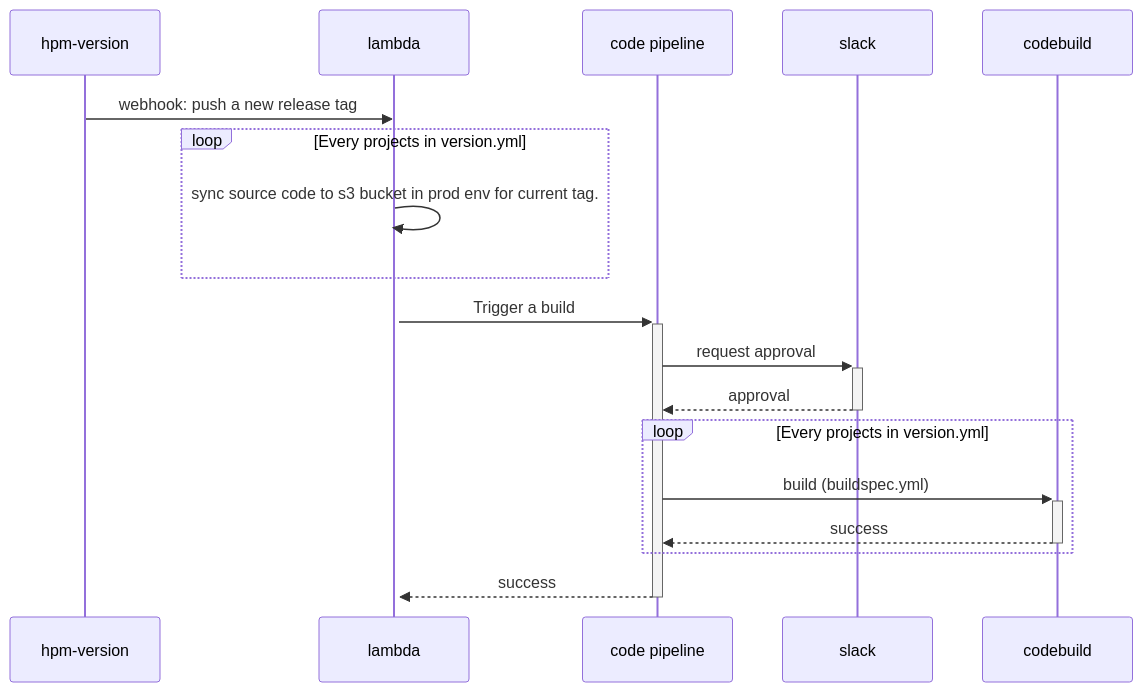
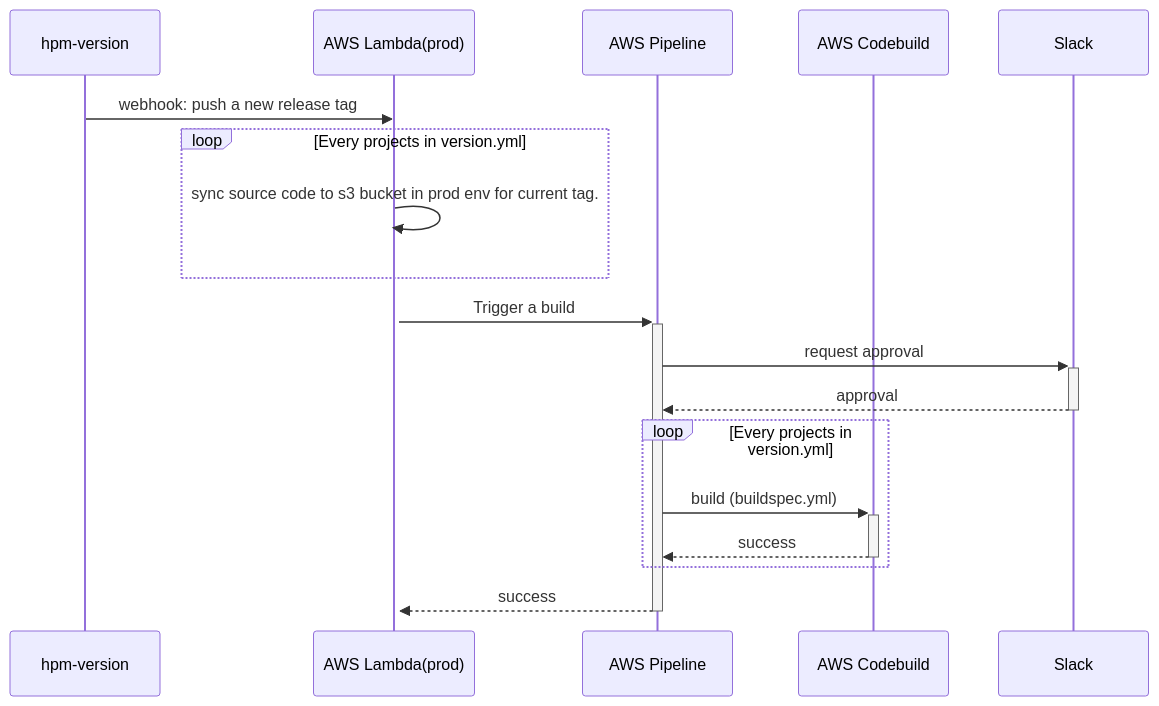
Before and after one commit to jinfang134/jinfang134.github.io: the fourth of 6 diagrams in source/_posts/mermaid图表.md, drawn with Mermaid. The commit also changed other lines of this file, not shown here.

````diff
--- a/source/_posts/mermaid图表.md
+++ b/source/_posts/mermaid图表.md
@@ -76,15 +79,21 @@
 ```mermaid
 sequenceDiagram
-    hpm-version ->>lambda: webhook: push a new release tag
+    participant A as hpm-version
+    participant B as AWS Lambda(prod)
+    participant C as AWS Pipeline
+    participant D as AWS Codebuild
+    participant E as Slack
+
+    A->>B: webhook: push a new release tag
     loop Every projects in version.yml
-        lambda->>+lambda: sync source code to s3 bucket in prod env for current tag.
+        B->>+B: sync source code to s3 bucket in prod env for current tag.
     end   
-    lambda ->> +code pipeline: Trigger a build
-    code pipeline ->> +slack: request approval
-    slack -->> -code pipeline: approval
+    B->>+C: Trigger a build
+    C->>+E: request approval
+    E-->>-C: approval
     loop Every projects in version.yml
-        code pipeline ->> +codebuild: build (buildspec.yml)
-        codebuild -->> -code pipeline: success
+        C->>+D: build (buildspec.yml)
+        D-->>-C: success
     end
-    code pipeline -->> -lambda: success
+    C-->>-B: success
 ```
````
